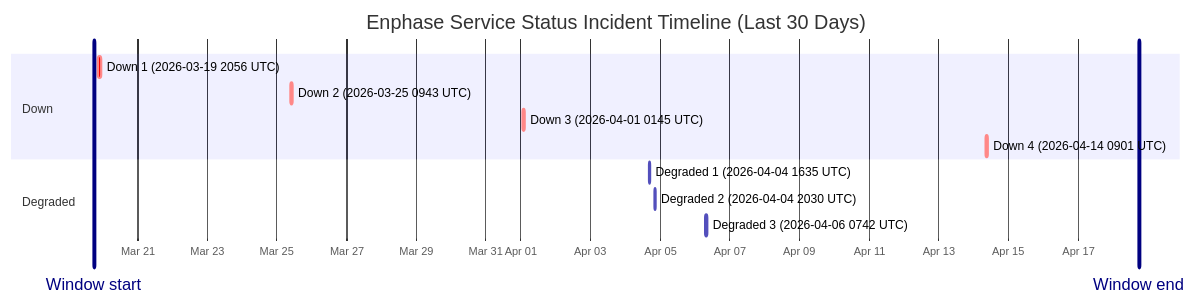
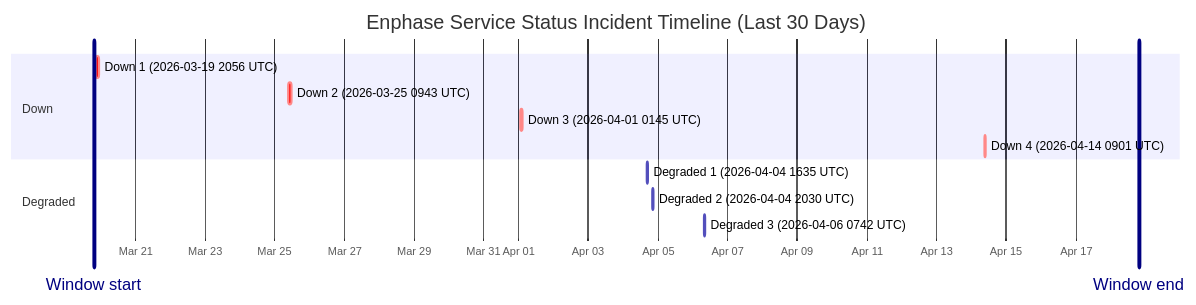
The diagram in wiki/Service-Status-History.md (barneyonline/ha-enphase-ev-charger), drawn with Mermaid before and after one commit. The commit also changed other lines of this file and 3 other files, not shown here.

````diff
--- a/wiki/Service-Status-History.md
+++ b/wiki/Service-Status-History.md
@@ -14,17 +14,17 @@
 ```mermaid
 gantt
     title Enphase Service Status Incident Timeline (Last 30 Days)
     dateFormat  YYYY-MM-DDTHH:mm:ss
     axisFormat  %b %d
-    Window start :vert, window-start, 2026-03-19T18:01:44, 0ms
-    Window end :vert, window-end, 2026-04-18T18:01:44, 0ms
+    Window start :vert, window-start, 2026-03-19T19:22:24, 0ms
+    Window end :vert, window-end, 2026-04-18T19:22:24, 0ms
     section Down
     Down 1 (2026-03-19 2056 UTC) :crit, down-1, 2026-03-19T20:56:20, 145m
     Down 2 (2026-03-25 0943 UTC) :crit, down-2, 2026-03-25T09:43:28, 111m
     Down 3 (2026-04-01 0145 UTC) :crit, down-3, 2026-04-01T01:45:09, 60m
     Down 4 (2026-04-14 0901 UTC) :crit, down-4, 2026-04-14T09:01:13, 60m
     section Degraded
     Degraded 1 (2026-04-04 1635 UTC) :active, degraded-1, 2026-04-04T16:35:17, 60m
     Degraded 2 (2026-04-04 2030 UTC) :active, degraded-2, 2026-04-04T20:30:40, 60m
     Degraded 3 (2026-04-06 0742 UTC) :active, degraded-3, 2026-04-06T07:42:09, 85m
 ```
````
